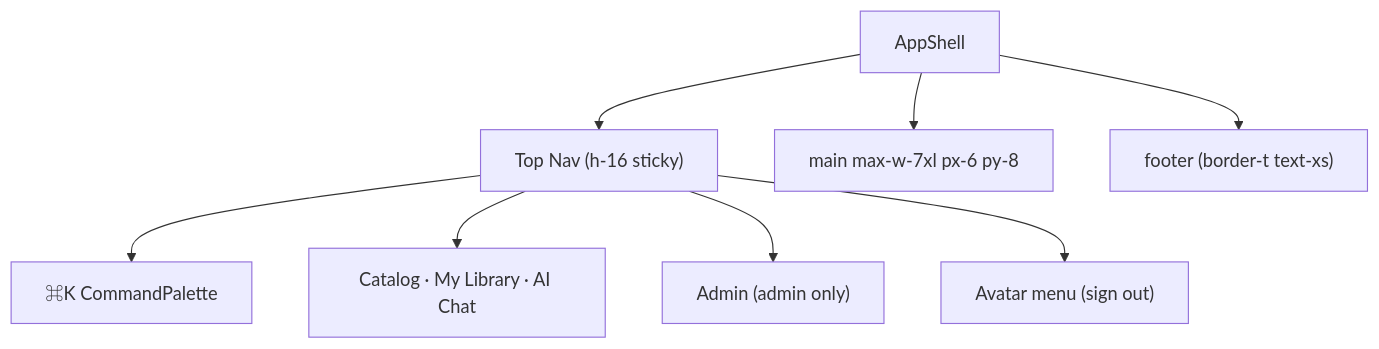
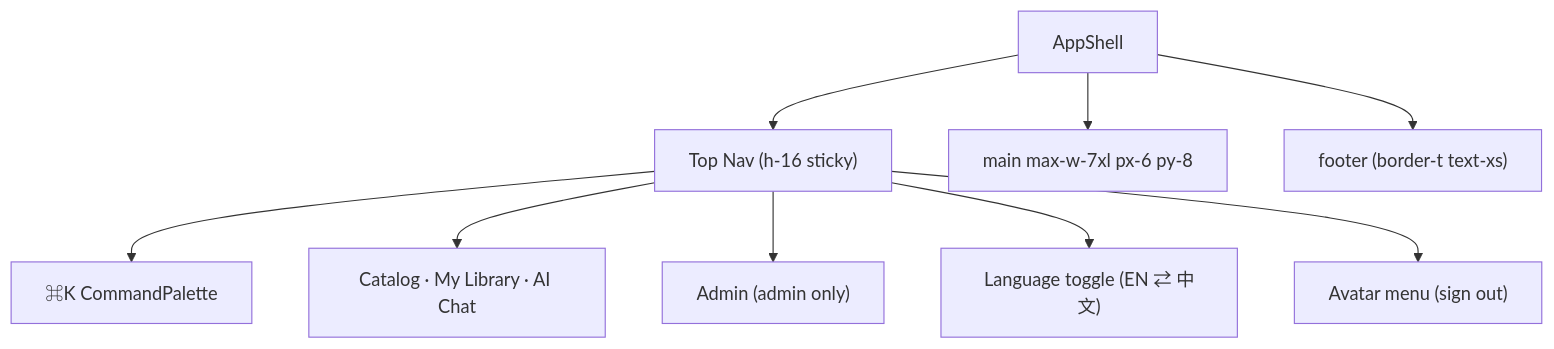
One commit to cattyman919/athenaeum changed the first of 3 diagrams in docs/12-ui-design.md. Above: the diagram before and after it, drawn with Mermaid. The commit also changed other lines of this file and 13 other files, not shown here.

````diff
--- a/docs/12-ui-design.md
+++ b/docs/12-ui-design.md
@@ -113,10 +113,11 @@
 ```mermaid
 graph TD
     SHELL["AppShell"] --> NAV["Top Nav (h-16 sticky)"]
     NAV --> QB["⌘K CommandPalette"]
     NAV --> LINKS["Catalog · My Library · AI Chat"]
     NAV --> ADMLINK["Admin (admin only)"]
+    NAV --> LOC["Language toggle (EN ⇄ 中文)"]
     NAV --> AV["Avatar menu (sign out)"]
     SHELL --> MAIN["main max-w-7xl px-6 py-8"]
     SHELL --> FOOT["footer (border-t text-xs)"]
 ```
````
